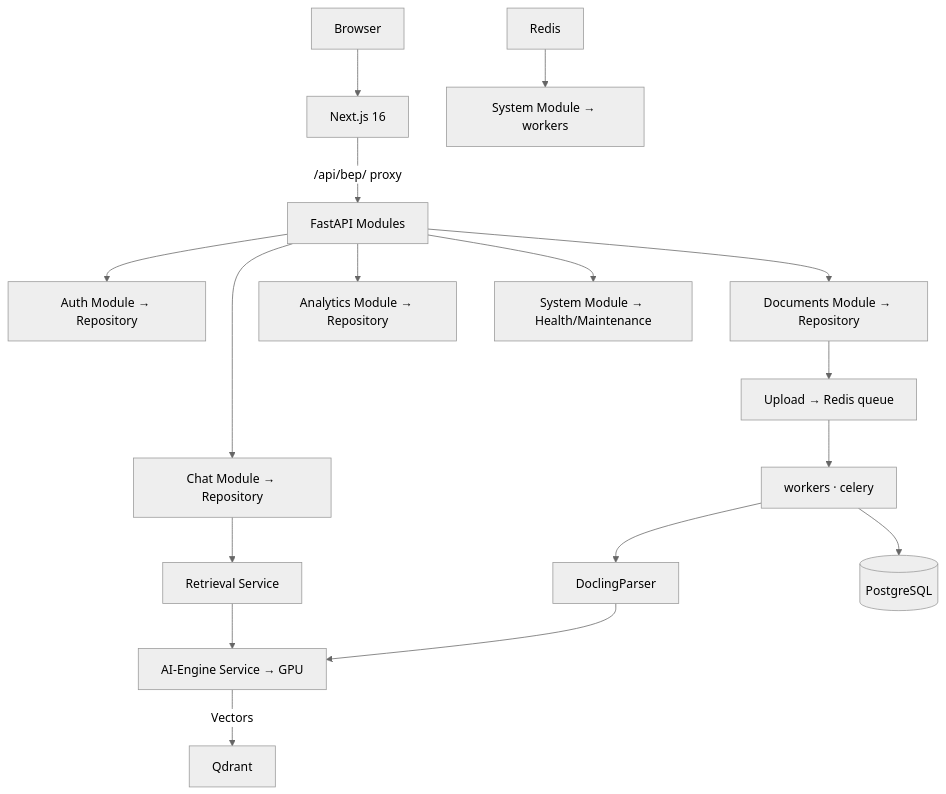
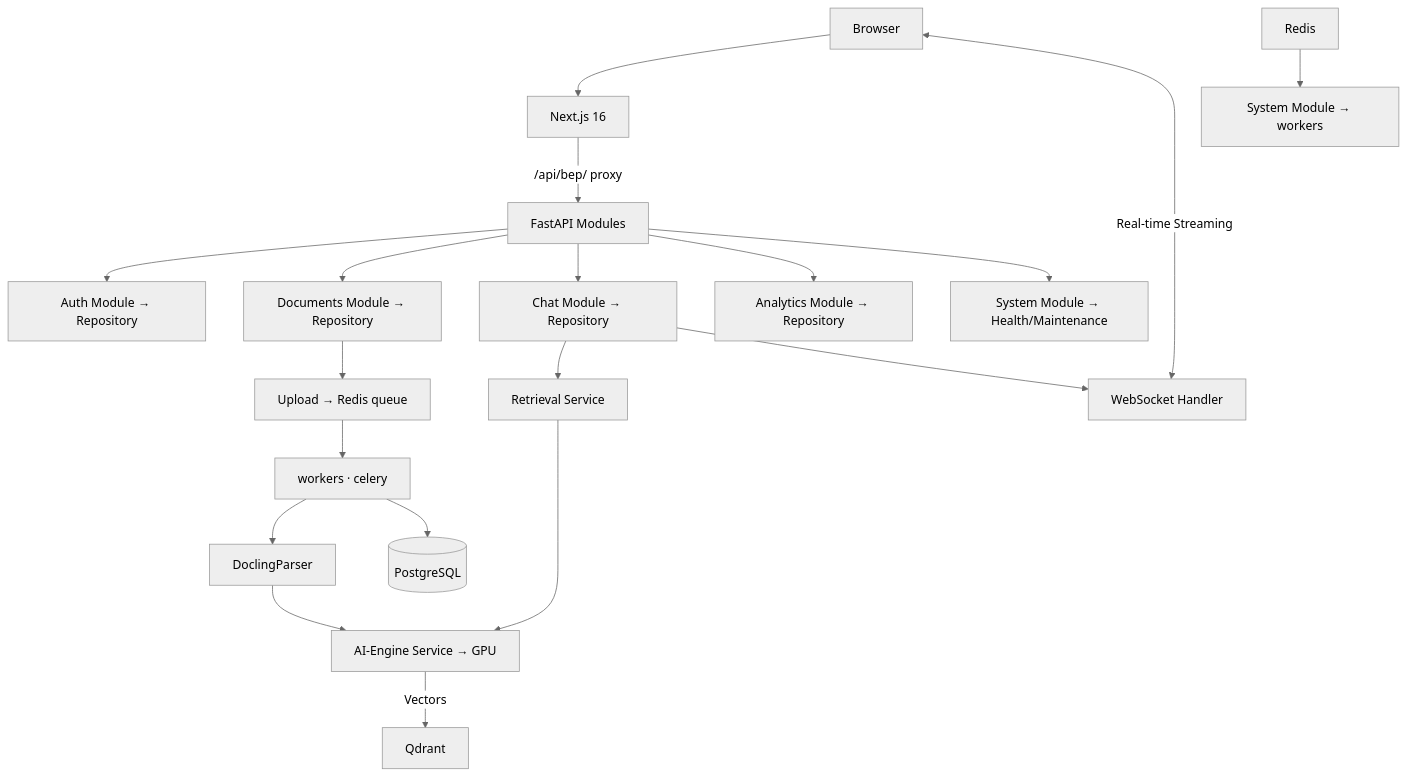
The diagram in docs/1_ARCHITECTURE.md (qtuanph/chatbot-rag), drawn with Mermaid (neutral theme) before and after one commit. The commit also changed other lines of this file and 69 other files, not shown here.

Commit message:
feat: initialize chatbot RAG architecture with backend modules, websocket streaming, and Next.js admin dashboard

````diff
--- a/docs/1_ARCHITECTURE.md
+++ b/docs/1_ARCHITECTURE.md
@@ -77,21 +77,24 @@
 ```mermaid
 graph TD
     Client[Browser] --> WebApp[Next.js 16]
     WebApp -->|/api/bep/ proxy| API[FastAPI Modules]
     API --> AuthSvc[Auth Module → Repository]
     API --> DocSvc[Documents Module → Repository]
     API --> ChatSvc[Chat Module → Repository]
     API --> AnalyticSvc[Analytics Module → Repository]
     API --> SystemSvc[System Module → Health/Maintenance]
-    
+
     ChatSvc --> Retriever[Retrieval Service]
+    ChatSvc --> WebSocketSvc[WebSocket Handler]
     Retriever --> AI_Engine[AI-Engine Service → GPU]
     AI_Engine -->|Vectors| Qdrant
-    
+
+    WebSocketSvc <-->|Real-time Streaming| Client
+
     DocSvc --> Upload[Upload → Redis queue]
     Upload --> Worker[workers · celery]
     Worker --> Parser[DoclingParser]
     Parser --> AI_Engine
     Worker --> DB[(PostgreSQL)]
     Redis --> Cleanup[System Module → workers]
 ```
````
